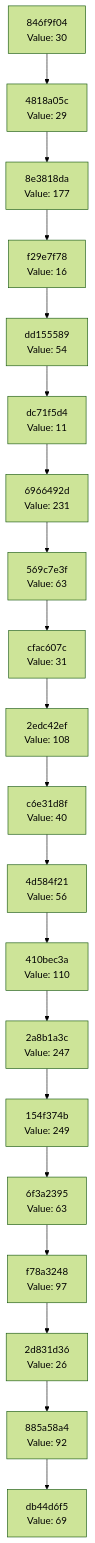
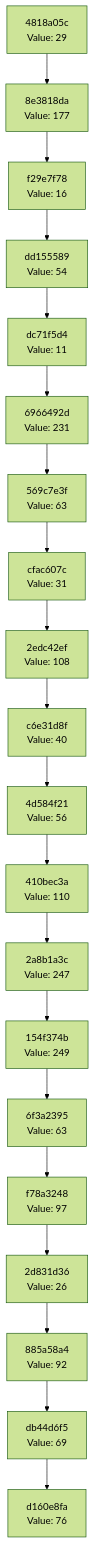
One commit to Abhisheksinha1506/hash-chain-evolver changed the diagram in docs/CHAIN_VISUALIZATION.md. Above: the diagram before and after it, drawn with Mermaid (forest theme). The commit also changed 3 other files, not shown here.

````diff
--- a/docs/CHAIN_VISUALIZATION.md
+++ b/docs/CHAIN_VISUALIZATION.md
@@ -3,42 +3,42 @@
 ```mermaid
 graph TD
-    C0["db44d6f5<br/>Value: 69"]
-    C1["885a58a4<br/>Value: 92"]
+    C0["d160e8fa<br/>Value: 76"]
+    C1["db44d6f5<br/>Value: 69"]
     C1 --> C0
-    C2["2d831d36<br/>Value: 26"]
+    C2["885a58a4<br/>Value: 92"]
     C2 --> C1
-    C3["f78a3248<br/>Value: 97"]
+    C3["2d831d36<br/>Value: 26"]
     C3 --> C2
-    C4["6f3a2395<br/>Value: 63"]
+    C4["f78a3248<br/>Value: 97"]
     C4 --> C3
-    C5["154f374b<br/>Value: 249"]
+    C5["6f3a2395<br/>Value: 63"]
     C5 --> C4
-    C6["2a8b1a3c<br/>Value: 247"]
+    C6["154f374b<br/>Value: 249"]
     C6 --> C5
-    C7["410bec3a<br/>Value: 110"]
+    C7["2a8b1a3c<br/>Value: 247"]
     C7 --> C6
-    C8["4d584f21<br/>Value: 56"]
+    C8["410bec3a<br/>Value: 110"]
     C8 --> C7
-    C9["c6e31d8f<br/>Value: 40"]
+    C9["4d584f21<br/>Value: 56"]
     C9 --> C8
-    C10["2edc42ef<br/>Value: 108"]
+    C10["c6e31d8f<br/>Value: 40"]
     C10 --> C9
-    C11["cfac607c<br/>Value: 31"]
+    C11["2edc42ef<br/>Value: 108"]
     C11 --> C10
-    C12["569c7e3f<br/>Value: 63"]
+    C12["cfac607c<br/>Value: 31"]
     C12 --> C11
-    C13["6966492d<br/>Value: 231"]
+    C13["569c7e3f<br/>Value: 63"]
     C13 --> C12
-    C14["dc71f5d4<br/>Value: 11"]
+    C14["6966492d<br/>Value: 231"]
     C14 --> C13
-    C15["dd155589<br/>Value: 54"]
+    C15["dc71f5d4<br/>Value: 11"]
     C15 --> C14
-    C16["f29e7f78<br/>Value: 16"]
+    C16["dd155589<br/>Value: 54"]
     C16 --> C15
-    C17["8e3818da<br/>Value: 177"]
+    C17["f29e7f78<br/>Value: 16"]
     C17 --> C16
-    C18["4818a05c<br/>Value: 29"]
+    C18["8e3818da<br/>Value: 177"]
     C18 --> C17
-    C19["846f9f04<br/>Value: 30"]
+    C19["4818a05c<br/>Value: 29"]
     C19 --> C18
 ```
````
